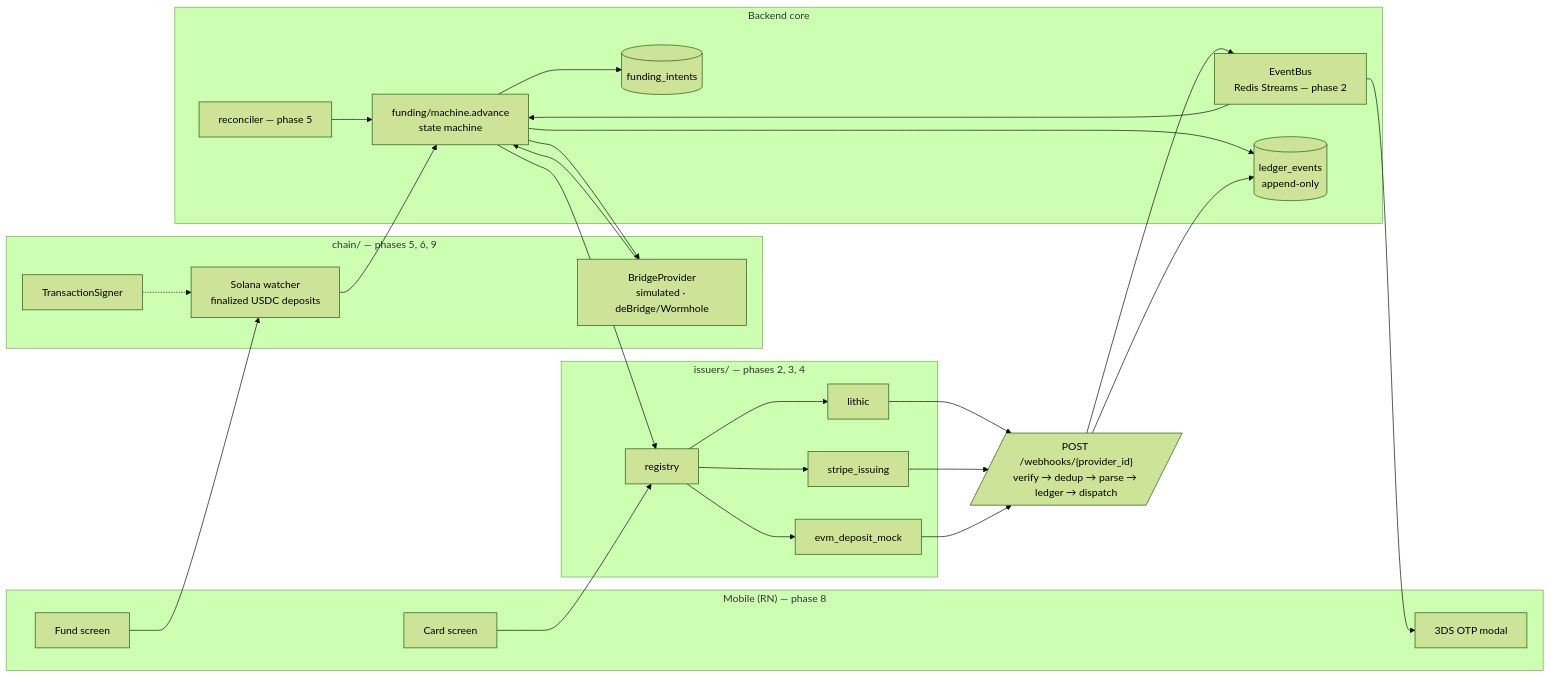
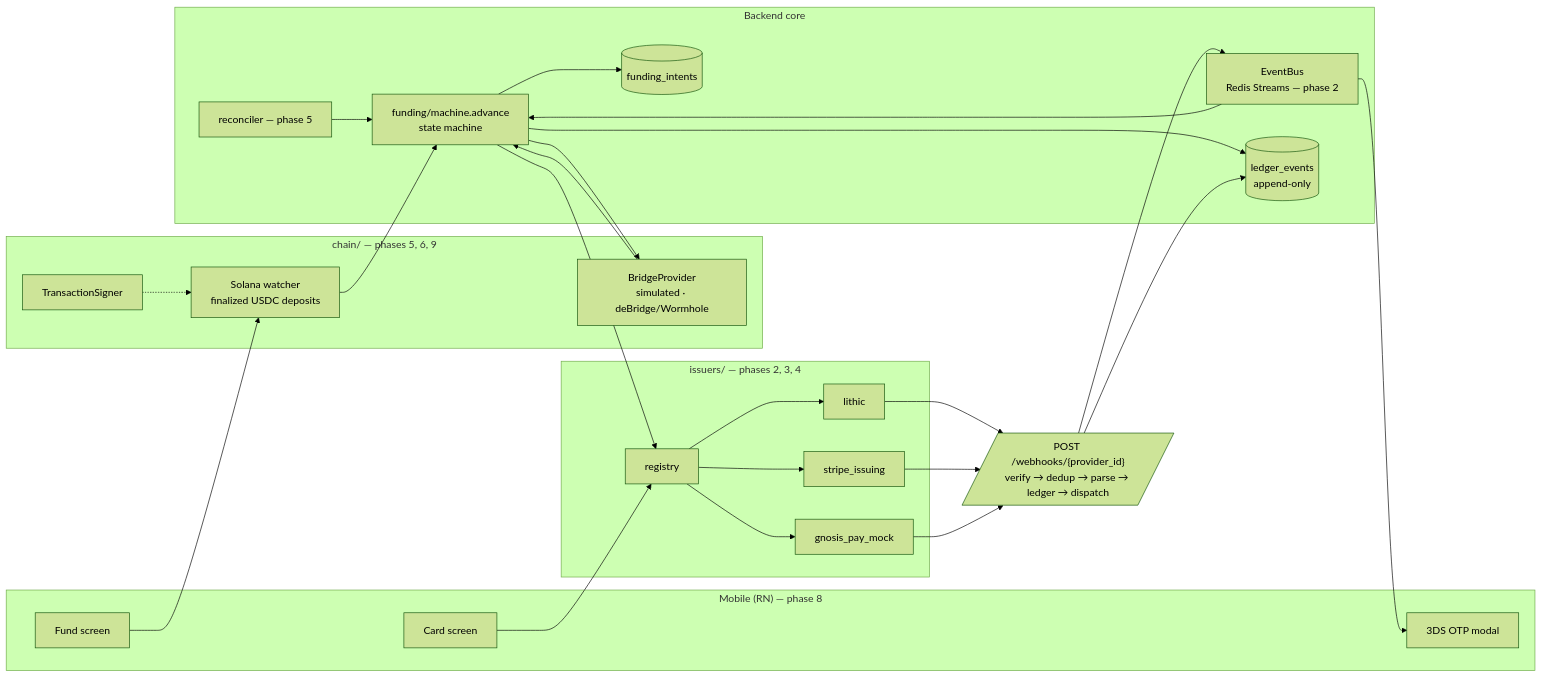
Before and after one commit to hebihime/stablecard-rail: the diagram in docs/ARCHITECTURE.md, drawn with Mermaid (forest theme). The commit also changed other lines of this file and 20 other files, not shown here.

````diff
--- a/docs/ARCHITECTURE.md
+++ b/docs/ARCHITECTURE.md
@@ -14,43 +14,43 @@
 ```mermaid
 flowchart LR
     subgraph mobile["Mobile (RN) — phase 8"]
         FUND[Fund screen]
         CARD[Card screen]
         OTP[3DS OTP modal]
     end
 
     subgraph chain["chain/ — phases 5, 6, 9"]
         WATCH[Solana watcher<br/>finalized USDC deposits]
         SIGN[TransactionSigner]
         BRIDGE[BridgeProvider<br/>simulated · deBridge/Wormhole]
     end
 
     subgraph core["Backend core"]
         MACHINE[funding/machine.advance<br/>state machine]
         RECON[reconciler — phase 5]
         BUS[EventBus<br/>Redis Streams — phase 2]
         LEDGER[(ledger_events<br/>append-only)]
         INTENTS[(funding_intents)]
     end
 
     subgraph issuers["issuers/ — phases 2, 3, 4"]
         REG[registry]
         LITHIC[lithic]
         STRIPE[stripe_issuing]
-        MOCK[evm_deposit_mock]
+        MOCK[gnosis_pay_mock]
     end
 
     WH[/"POST /webhooks/{provider_id}"<br/>verify → dedup → parse → ledger → dispatch/]
 
     FUND --> WATCH --> MACHINE
     SIGN -.-> WATCH
     MACHINE --> BRIDGE --> MACHINE
     MACHINE --> REG --> LITHIC & STRIPE & MOCK
     LITHIC & STRIPE & MOCK --> WH --> BUS --> MACHINE
     BUS --> OTP
     MACHINE --> INTENTS
     MACHINE --> LEDGER
     WH --> LEDGER
     RECON --> MACHINE
     CARD --> REG
 ```
````
